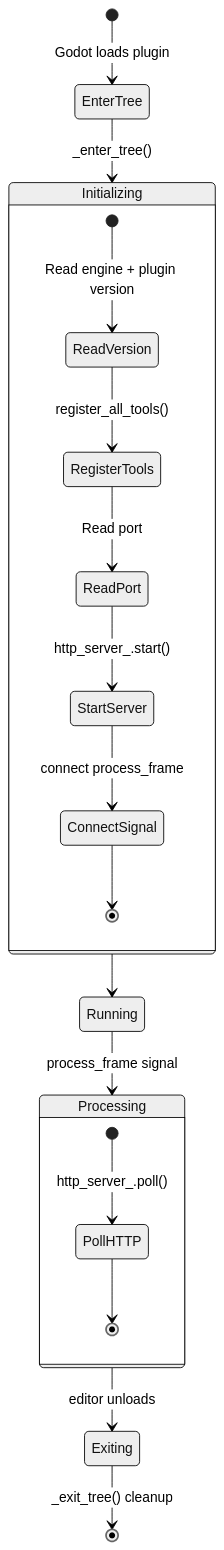
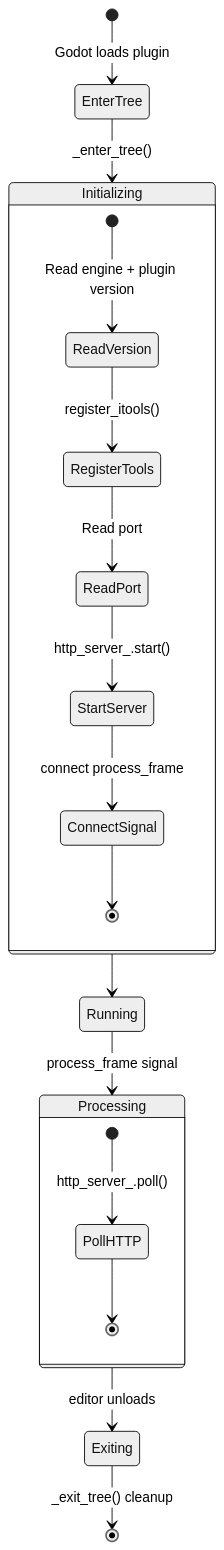
The third of 4 diagrams in docs/en/guide/architecture.md (jesspig/GodotMCP-GDExtension), drawn with Mermaid (neutral theme) before and after one commit. The commit also changed 7 other files, not shown here.

````diff
--- a/docs/en/guide/architecture.md
+++ b/docs/en/guide/architecture.md
@@ -74,25 +74,25 @@
 ```mermaid
 stateDiagram-v2
     [*] --> EnterTree: Godot loads plugin
     EnterTree --> Initializing: _enter_tree()
     
     state Initializing {
         [*] --> ReadVersion: Read engine + plugin version
-        ReadVersion --> RegisterTools: register_all_tools()
+        ReadVersion --> RegisterTools: register_itools()
         RegisterTools --> ReadPort: Read port
         ReadPort --> StartServer: http_server_.start()
         StartServer --> ConnectSignal: connect process_frame
         ConnectSignal --> [*]
     }
     
     Initializing --> Running
     Running --> Processing: process_frame signal
     
     state Processing {
         [*] --> PollHTTP: http_server_.poll()
         PollHTTP --> [*]
     }
     
     Processing --> Exiting: editor unloads
     Exiting --> [*]: _exit_tree() cleanup
 ```
````
